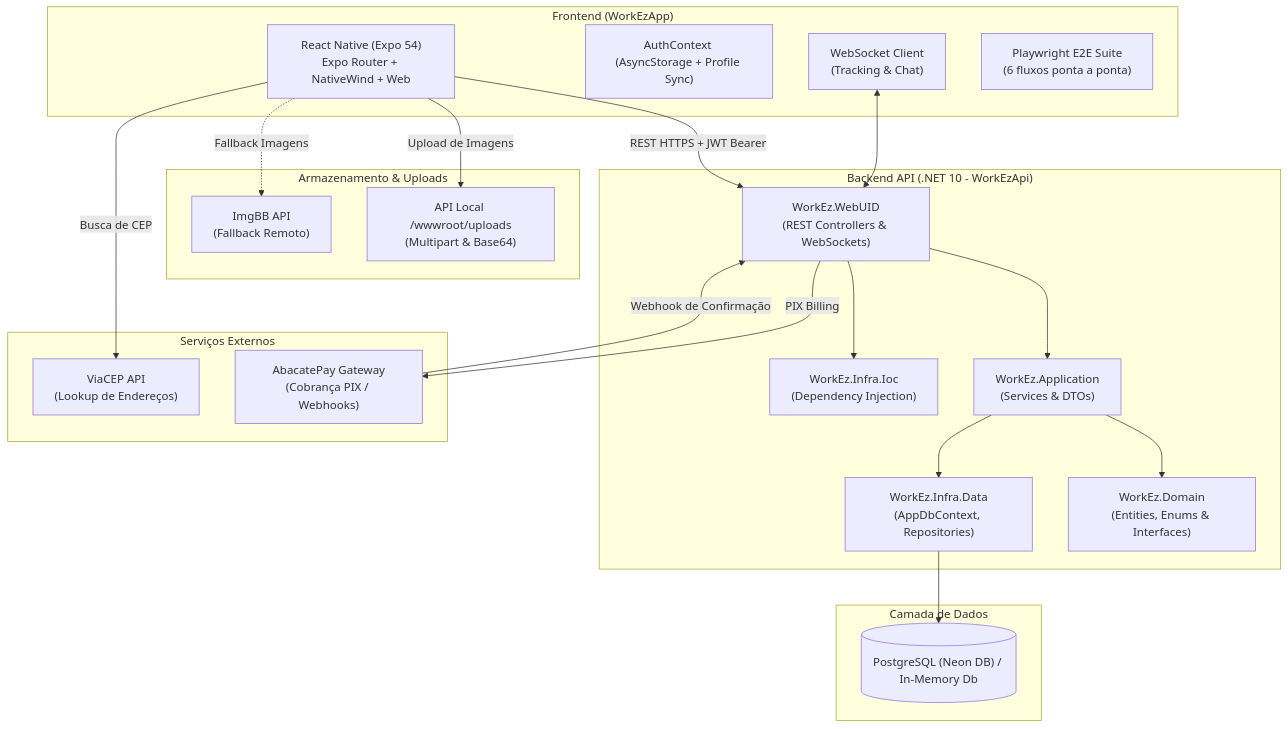
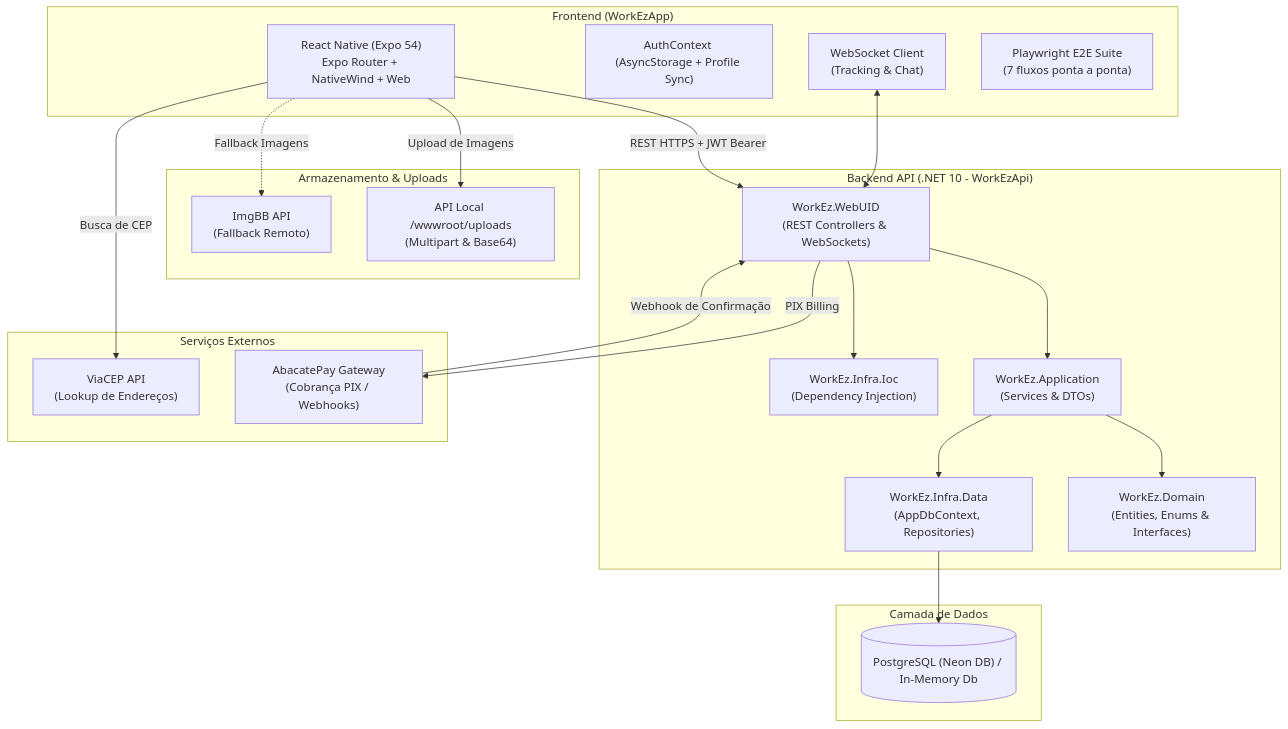
The diagram in README.md (fatec-university-projects/WorkEz), drawn with Mermaid before and after one commit. The commit also changed other lines of this file and 1 other file, not shown here.

````diff
--- a/README.md
+++ b/README.md
@@ -83,45 +85,45 @@
 ```mermaid
 graph TB
     subgraph Frontend["Frontend (WorkEzApp)"]
         UI["React Native (Expo 54)<br/>Expo Router + NativeWind + Web"]
         AuthCtx["AuthContext (AsyncStorage + Profile Sync)"]
         WSClient["WebSocket Client<br/>(Tracking & Chat)"]
-        E2E["Playwright E2E Suite<br/>(6 fluxos ponta a ponta)"]
+        E2E["Playwright E2E Suite<br/>(7 fluxos ponta a ponta)"]
     end
 
     subgraph StorageUploads["Armazenamento & Uploads"]
         LocalUploads["API Local /wwwroot/uploads<br/>(Multipart & Base64)"]
         ImgBB["ImgBB API<br/>(Fallback Remoto)"]
     end
 
     subgraph ExternalServices["Serviços Externos"]
         ViaCEP["ViaCEP API<br/>(Lookup de Endereços)"]
         Abacate["AbacatePay Gateway<br/>(Cobrança PIX / Webhooks)"]
     end
 
     subgraph Backend["Backend API (.NET 10 - WorkEzApi)"]
         WebUID["WorkEz.WebUID<br/>(REST Controllers & WebSockets)"]
         Ioc["WorkEz.Infra.Ioc<br/>(Dependency Injection)"]
         App["WorkEz.Application<br/>(Services & DTOs)"]
         Domain["WorkEz.Domain<br/>(Entities, Enums & Interfaces)"]
         Data["WorkEz.Infra.Data<br/>(AppDbContext, Repositories)"]
     end
 
     subgraph Database["Camada de Dados"]
         Postgres[("PostgreSQL (Neon DB) / In-Memory Db")]
     end
 
     UI -->|"REST HTTPS + JWT Bearer"| WebUID
     WSClient <--> WebUID
     UI -->|"Upload de Imagens"| LocalUploads
     UI -.->|"Fallback Imagens"| ImgBB
     UI -->|"Busca de CEP"| ViaCEP
 
     WebUID --> App
     WebUID --> Ioc
     App --> Domain
     App --> Data
     Data --> Postgres
     WebUID -->|"PIX Billing"| Abacate
     Abacate -->|"Webhook de Confirmação"| WebUID
 ```
````
